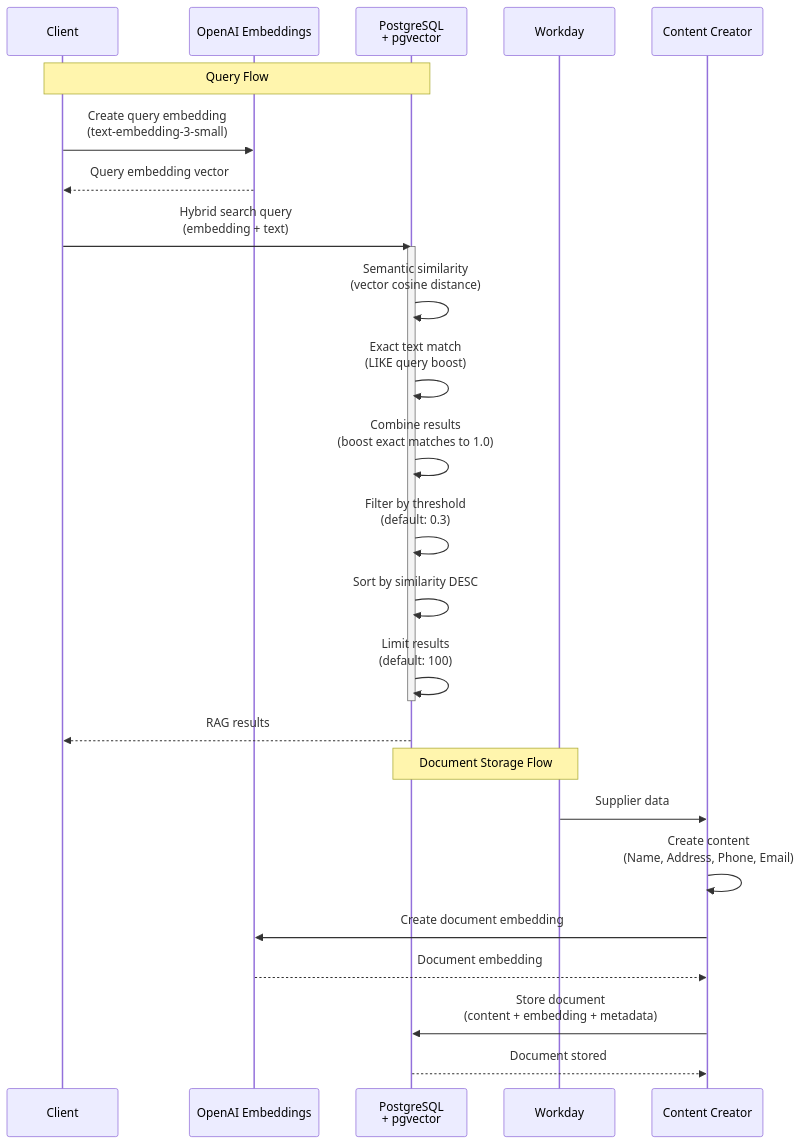
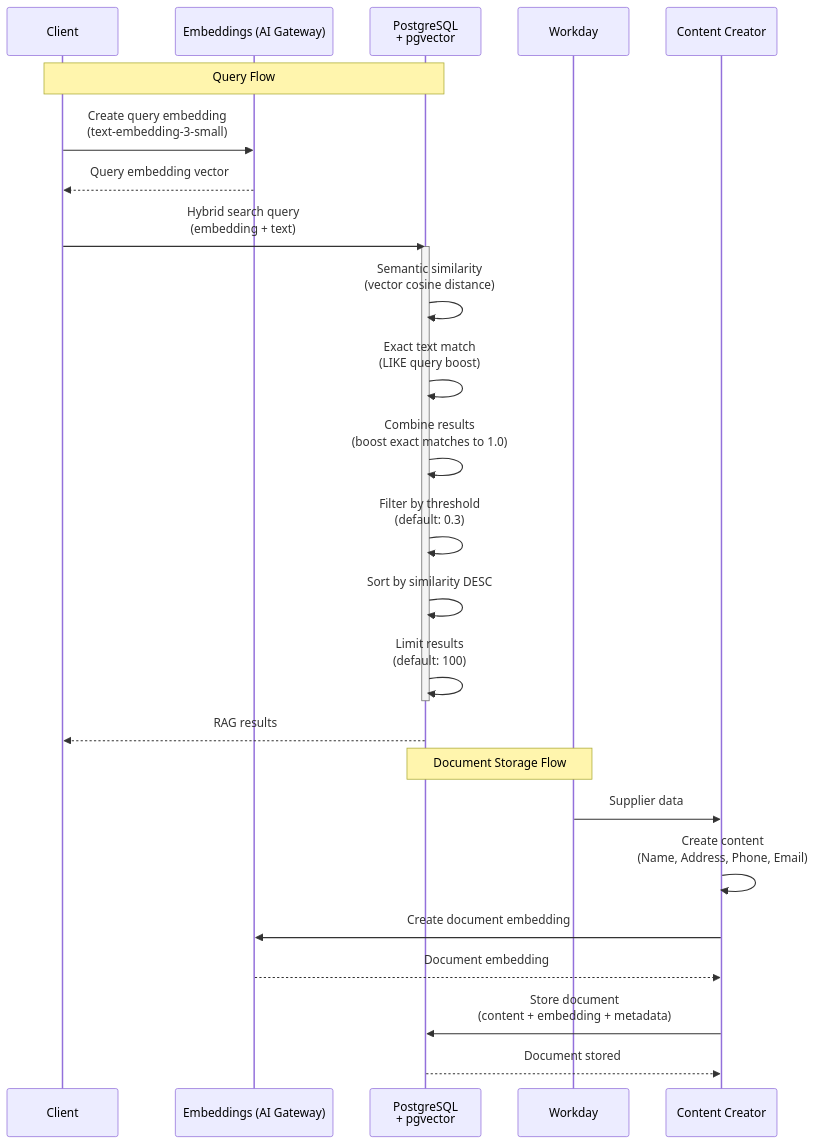
The second of 7 diagrams in README.md (pgahq/finance-agent), drawn with Mermaid before and after one commit. The commit also changed other lines of this file and 14 other files, not shown here.

First line of the commit message:
Route all model and embedding traffic through the Vercel AI Gateway (#213)

````diff
--- a/README.md
+++ b/README.md
@@ -319,31 +319,31 @@
 ```mermaid
 sequenceDiagram
     participant Client
-    participant OpenAI as OpenAI Embeddings
+    participant Embed as Embeddings (AI Gateway)
     participant DB as PostgreSQL<br/>+ pgvector
     participant Workday
     participant ContentCreator as Content Creator
 
     Note over Client,DB: Query Flow
-    Client->>OpenAI: Create query embedding<br/>(text-embedding-3-small)
-    OpenAI-->>Client: Query embedding vector
+    Client->>Embed: Create query embedding<br/>(text-embedding-3-small)
+    Embed-->>Client: Query embedding vector
 
     Client->>DB: Hybrid search query<br/>(embedding + text)
     activate DB
     DB->>DB: Semantic similarity<br/>(vector cosine distance)
     DB->>DB: Exact text match<br/>(LIKE query boost)
     DB->>DB: Combine results<br/>(boost exact matches to 1.0)
     DB->>DB: Filter by threshold<br/>(default: 0.3)
     DB->>DB: Sort by similarity DESC
     DB->>DB: Limit results<br/>(default: 100)
     deactivate DB
     DB-->>Client: RAG results
 
     Note over Workday,DB: Document Storage Flow
     Workday->>ContentCreator: Supplier data
     ContentCreator->>ContentCreator: Create content<br/>(Name, Address, Phone, Email)
-    ContentCreator->>OpenAI: Create document embedding
-    OpenAI-->>ContentCreator: Document embedding
+    ContentCreator->>Embed: Create document embedding
+    Embed-->>ContentCreator: Document embedding
     ContentCreator->>DB: Store document<br/>(content + embedding + metadata)
     DB-->>ContentCreator: Document stored
 ```
````
